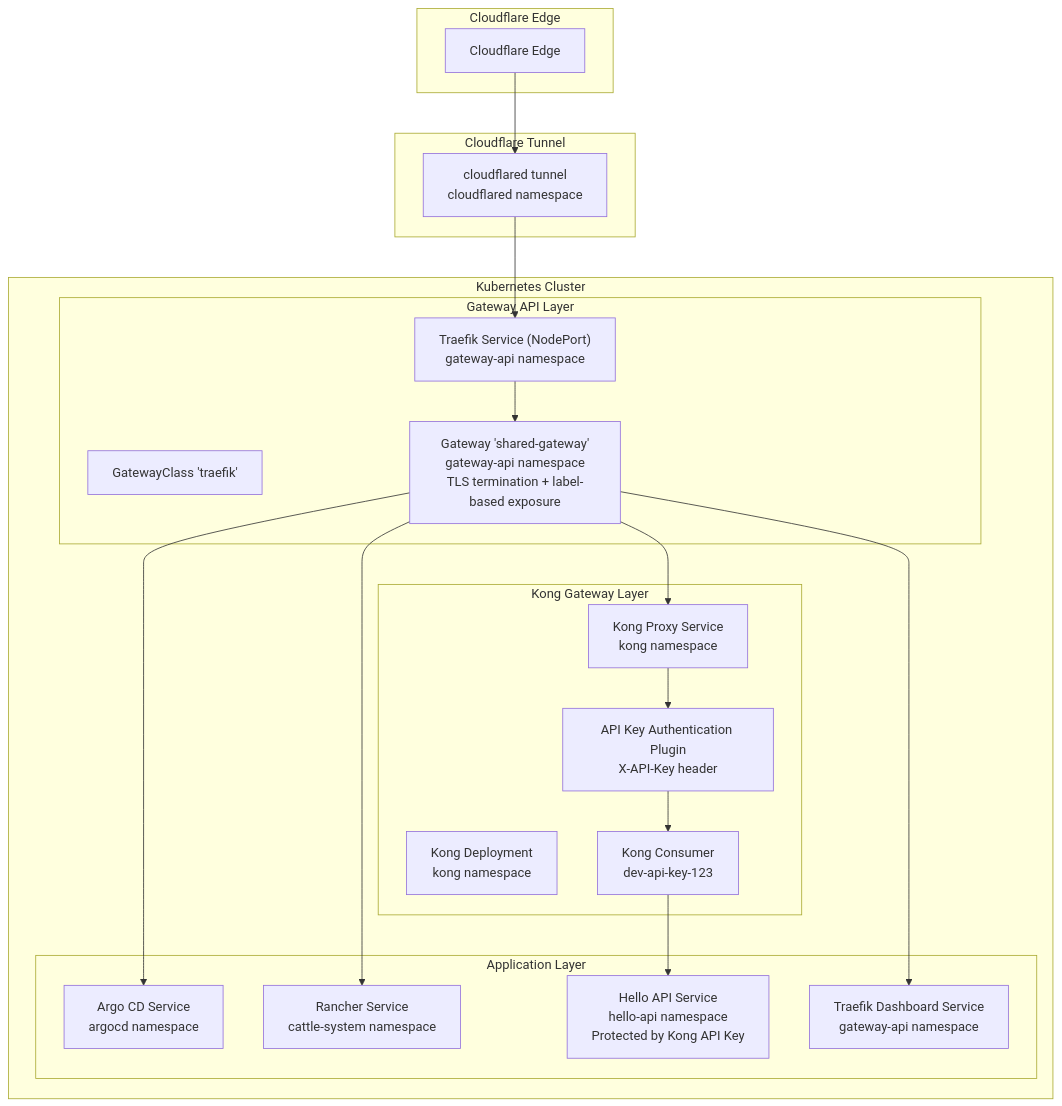
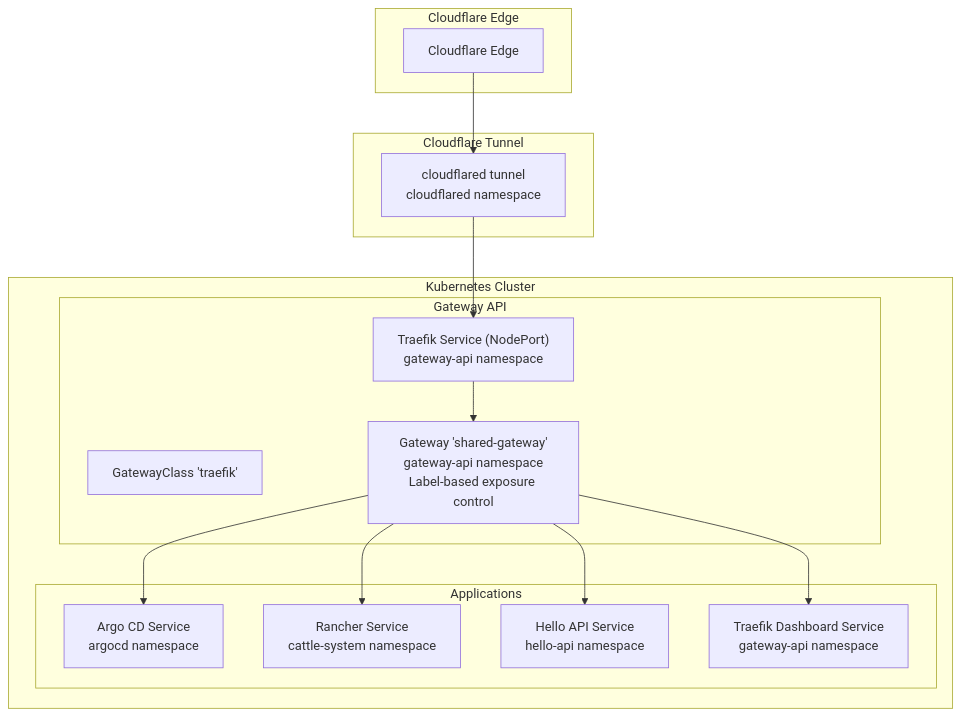
Before and after one commit to Hoangvu75/k8s_manifest: the first of 3 diagrams in .qoder/repowiki/en/content/Architecture and Design/Network Flow and Ingress Architecture.md, drawn with Mermaid. The commit also changed other lines of this file and 31 other files, not shown here.

````diff
--- a/.qoder/repowiki/en/content/Architecture and Design/Network Flow and Ingress Architecture.md
+++ b/.qoder/repowiki/en/content/Architecture and Design/Network Flow and Ingress Architecture.md
@@ -57,38 +52,29 @@
 ```mermaid
 graph TB
 subgraph "Cloudflare Edge"
 CF["Cloudflare Edge"]
 end
 subgraph "Cloudflare Tunnel"
 CF_TUNNEL["cloudflared tunnel<br/>cloudflared namespace"]
 end
 subgraph "Kubernetes Cluster"
-subgraph "Gateway API Layer"
+subgraph "Gateway API"
 GWCLASS["GatewayClass 'traefik'"]
-GATEWAY["Gateway 'shared-gateway'<br/>gateway-api namespace<br/>TLS termination + label-based exposure"]
+GATEWAY["Gateway 'shared-gateway'<br/>gateway-api namespace<br/>Label-based exposure control"]
 TRAEFIK_SVC["Traefik Service (NodePort)<br/>gateway-api namespace"]
 end
-subgraph "Kong Gateway Layer"
-KONG_DEPLOY["Kong Deployment<br/>kong namespace"]
-KONG_PROXY["Kong Proxy Service<br/>kong namespace"]
-KONG_PLUGIN["API Key Authentication Plugin<br/>X-API-Key header"]
-KONG_CONSUMER["Kong Consumer<br/>dev-api-key-123"]
-end
-subgraph "Application Layer"
+subgraph "Applications"
 ARGOCD["Argo CD Service<br/>argocd namespace"]
 RANCHER["Rancher Service<br/>cattle-system namespace"]
-HELLOAPI["Hello API Service<br/>hello-api namespace<br/>Protected by Kong API Key"]
+HELLOAPI["Hello API Service<br/>hello-api namespace"]
 DASHBOARD["Traefik Dashboard Service<br/>gateway-api namespace"]
 end
 end
 CF --> CF_TUNNEL
 CF_TUNNEL --> TRAEFIK_SVC
 TRAEFIK_SVC --> GATEWAY
-GATEWAY --> KONG_PROXY
-KONG_PROXY --> KONG_PLUGIN
-KONG_PLUGIN --> KONG_CONSUMER
-KONG_CONSUMER --> HELLOAPI
 GATEWAY --> ARGOCD
 GATEWAY --> RANCHER
+GATEWAY --> HELLOAPI
 GATEWAY --> DASHBOARD
 ```
````
